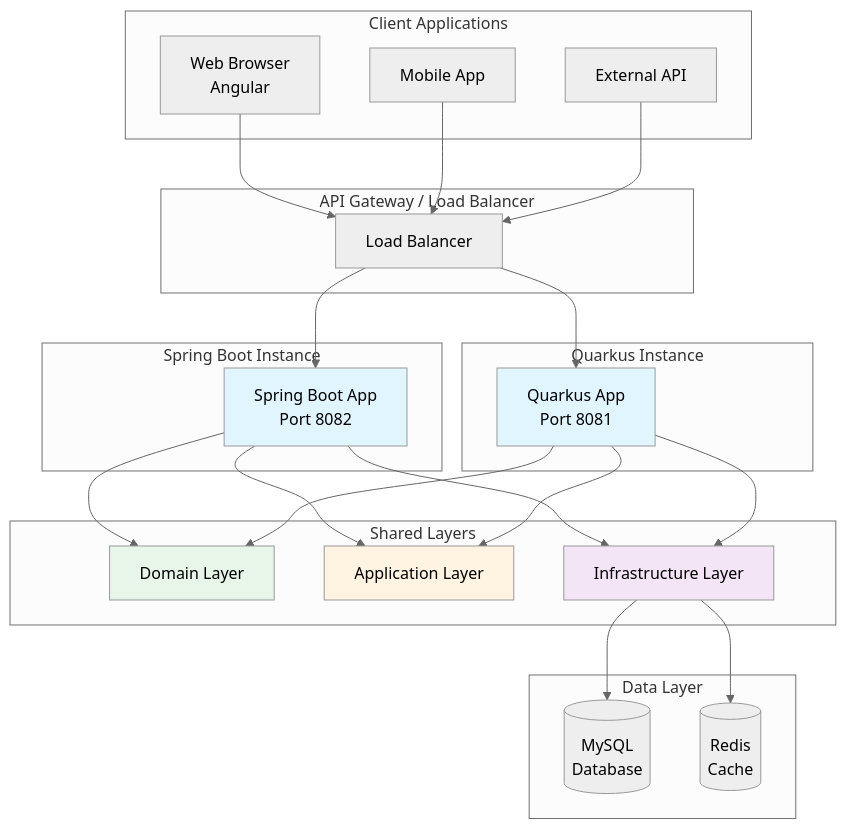
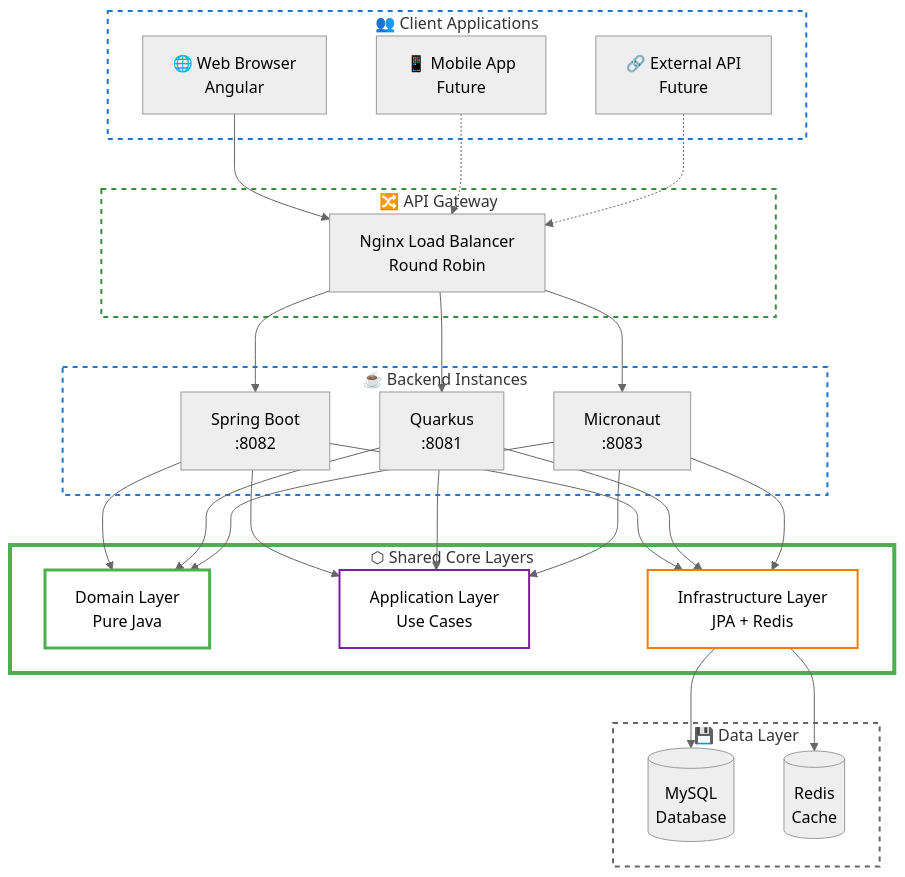
Before and after one commit to leandro-yamaniha/java-hexagonal: the ninth of 11 diagrams in docs/backend/ARCHITECTURE_DIAGRAMS.md, drawn with Mermaid (neutral theme). The commit also changed other lines of this file and 6 other files, not shown here.

Commit message:
docs: add frontend Angular documentation and architecture diagrams

````diff
--- a/docs/backend/ARCHITECTURE_DIAGRAMS.md
+++ b/docs/backend/ARCHITECTURE_DIAGRAMS.md
@@ -312,55 +329,50 @@
 ```mermaid
-graph TB
-    subgraph "Client Applications"
-        WEB[Web Browser<br/>Angular]
-        MOBILE[Mobile App]
-        API[External API]
+flowchart TB
+    subgraph Clients["👥 Client Applications"]
+        WEB[🌐 Web Browser<br/>Angular]
+        MOBILE[📱 Mobile App<br/>Future]
+        API[🔗 External API<br/>Future]
     end
     
-    subgraph "API Gateway / Load Balancer"
-        LB[Load Balancer]
+    subgraph Gateway["🔀 API Gateway"]
+        LB[Nginx Load Balancer<br/>Round Robin]
     end
     
-    subgraph "Spring Boot Instance"
-        SB1[Spring Boot App<br/>Port 8082]
+    subgraph Backends["☕ Backend Instances"]
+        SB1[Spring Boot<br/>:8082]
+        QK1[Quarkus<br/>:8081]
+        MN1[Micronaut<br/>:8083]
     end
     
-    subgraph "Quarkus Instance"
-        QK1[Quarkus App<br/>Port 8081]
+    subgraph Shared["⬡ Shared Core Layers"]
+        DOM[Domain Layer<br/>Pure Java]
+        APP[Application Layer<br/>Use Cases]
+        INF[Infrastructure Layer<br/>JPA + Redis]
     end
     
-    subgraph "Shared Layers"
-        DOM[Domain Layer]
-        APP[Application Layer]
-        INF[Infrastructure Layer]
-    end
-    
-    subgraph "Data Layer"
+    subgraph Data["💾 Data Layer"]
         MYSQL[(MySQL<br/>Database)]
         REDIS[(Redis<br/>Cache)]
     end
     
     WEB --> LB
-    MOBILE --> LB
-    API --> LB
+    MOBILE -.-> LB
+    API -.-> LB
     
-    LB --> SB1
-    LB --> QK1
+    LB --> SB1 & QK1 & MN1
     
-    SB1 --> DOM
-    SB1 --> APP
-    SB1 --> INF
+    SB1 & QK1 & MN1 --> DOM
+    SB1 & QK1 & MN1 --> APP
+    SB1 & QK1 & MN1 --> INF
     
-    QK1 --> DOM
-    QK1 --> APP
-    QK1 --> INF
+    INF --> MYSQL & REDIS
     
-    INF --> MYSQL
-    INF --> REDIS
-    
-    style DOM fill:#e8f5e9
-    style APP fill:#fff4e1
-    style INF fill:#f3e5f5
-    style SB1 fill:#e1f5ff
-    style QK1 fill:#e1f5ff
+    style Clients fill:none,stroke:#1976D2,stroke-width:2px,stroke-dasharray: 5 5
+    style Gateway fill:none,stroke:#388E3C,stroke-width:2px,stroke-dasharray: 5 5
+    style Backends fill:none,stroke:#1976D2,stroke-width:2px,stroke-dasharray: 5 5
+    style Shared fill:none,stroke:#4caf50,stroke-width:4px
+    style Data fill:none,stroke:#666,stroke-width:2px,stroke-dasharray: 5 5
+    style DOM fill:none,stroke:#4caf50,stroke-width:3px
+    style APP fill:none,stroke:#7B1FA2,stroke-width:2px
+    style INF fill:none,stroke:#F57C00,stroke-width:2px
 ```
````
